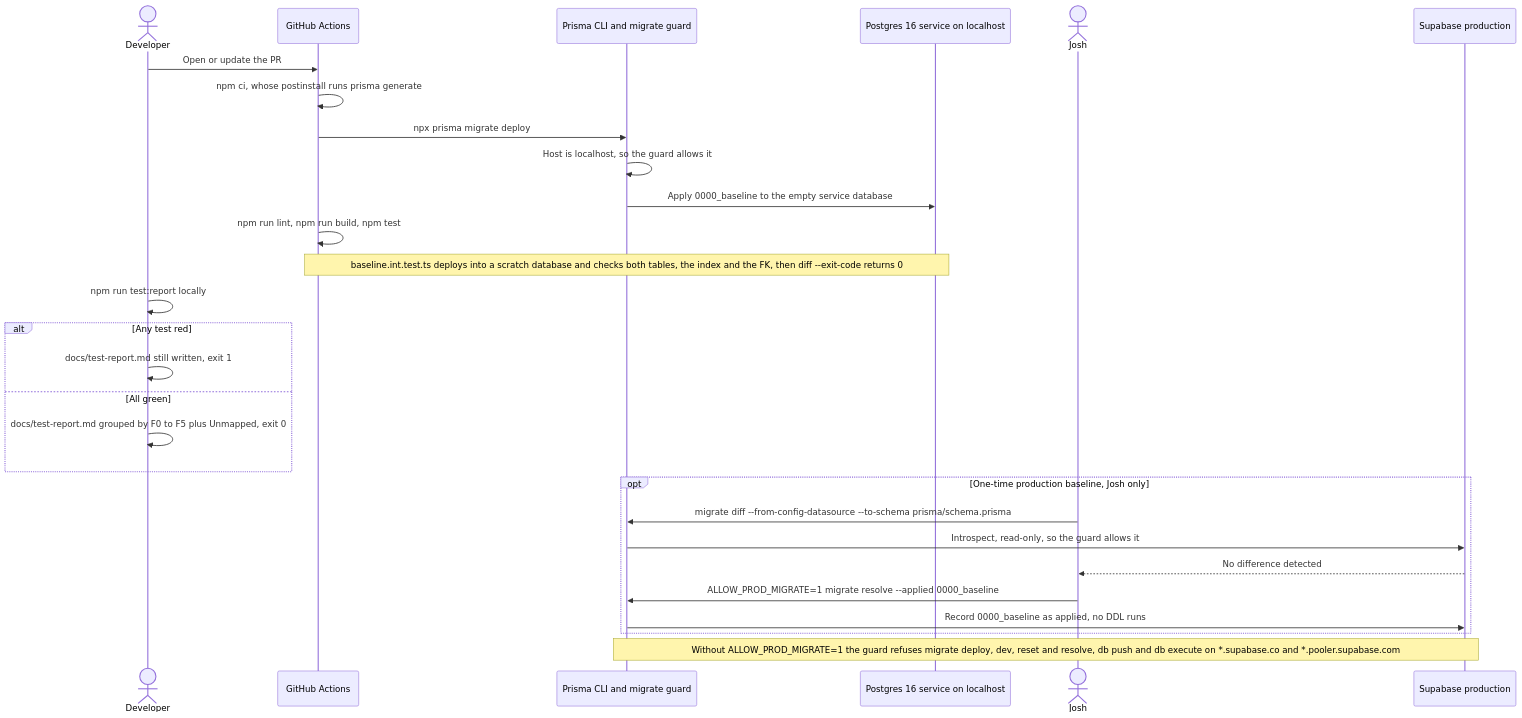
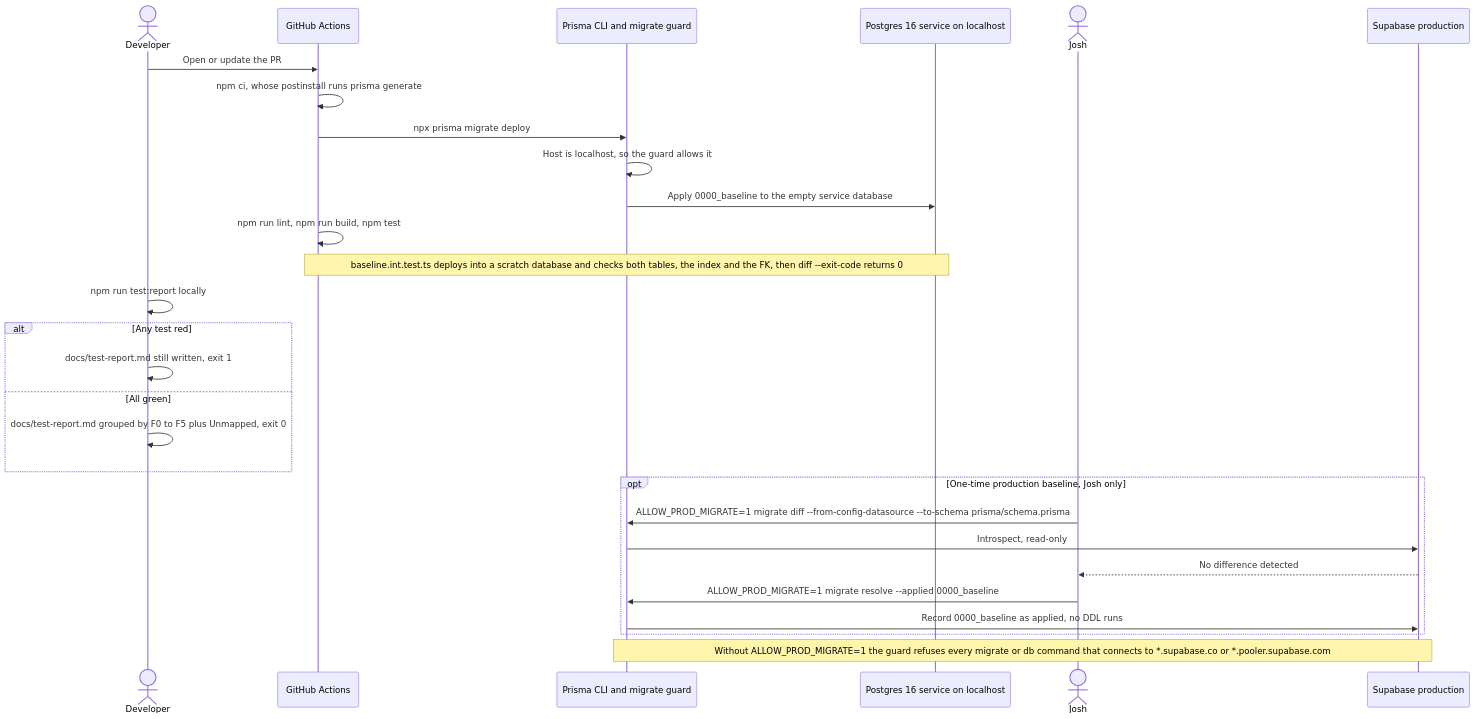
One commit to ayfor/mox-market changed the third of 3 diagrams in docs/plans/S1.1-engine-contract-tooling.md. Above: the diagram before and after it, drawn with Mermaid. The commit also changed other lines of this file, not shown here.

````diff
--- a/docs/plans/S1.1-engine-contract-tooling.md
+++ b/docs/plans/S1.1-engine-contract-tooling.md
@@ -127,30 +127,30 @@
 ```mermaid
 sequenceDiagram
     actor DEV as Developer
     participant GH as GitHub Actions
     participant CLI as Prisma CLI and migrate guard
     participant PG as Postgres 16 service on localhost
     actor JOSH as Josh
     participant SB as Supabase production
     DEV->>GH: Open or update the PR
     GH->>GH: npm ci, whose postinstall runs prisma generate
     GH->>CLI: npx prisma migrate deploy
     CLI->>CLI: Host is localhost, so the guard allows it
     CLI->>PG: Apply 0000_baseline to the empty service database
     GH->>GH: npm run lint, npm run build, npm test
     Note over GH,PG: baseline.int.test.ts deploys into a scratch database and checks both tables, the index and the FK, then diff --exit-code returns 0
     DEV->>DEV: npm run test:report locally
     alt Any test red
         DEV->>DEV: docs/test-report.md still written, exit 1
     else All green
         DEV->>DEV: docs/test-report.md grouped by F0 to F5 plus Unmapped, exit 0
     end
     opt One-time production baseline, Josh only
-        JOSH->>CLI: migrate diff --from-config-datasource --to-schema prisma/schema.prisma
-        CLI->>SB: Introspect, read-only, so the guard allows it
+        JOSH->>CLI: ALLOW_PROD_MIGRATE=1 migrate diff --from-config-datasource --to-schema prisma/schema.prisma
+        CLI->>SB: Introspect, read-only
         SB-->>JOSH: No difference detected
         JOSH->>CLI: ALLOW_PROD_MIGRATE=1 migrate resolve --applied 0000_baseline
         CLI->>SB: Record 0000_baseline as applied, no DDL runs
     end
-    Note over CLI,SB: Without ALLOW_PROD_MIGRATE=1 the guard refuses migrate deploy, dev, reset and resolve, db push and db execute on *.supabase.co and *.pooler.supabase.com
+    Note over CLI,SB: Without ALLOW_PROD_MIGRATE=1 the guard refuses every migrate or db command that connects to *.supabase.co or *.pooler.supabase.com
 ```
````
